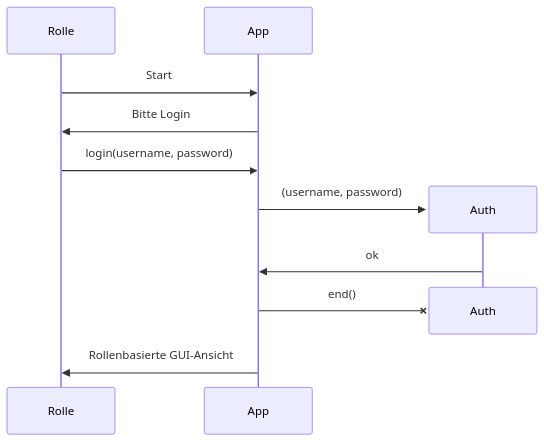
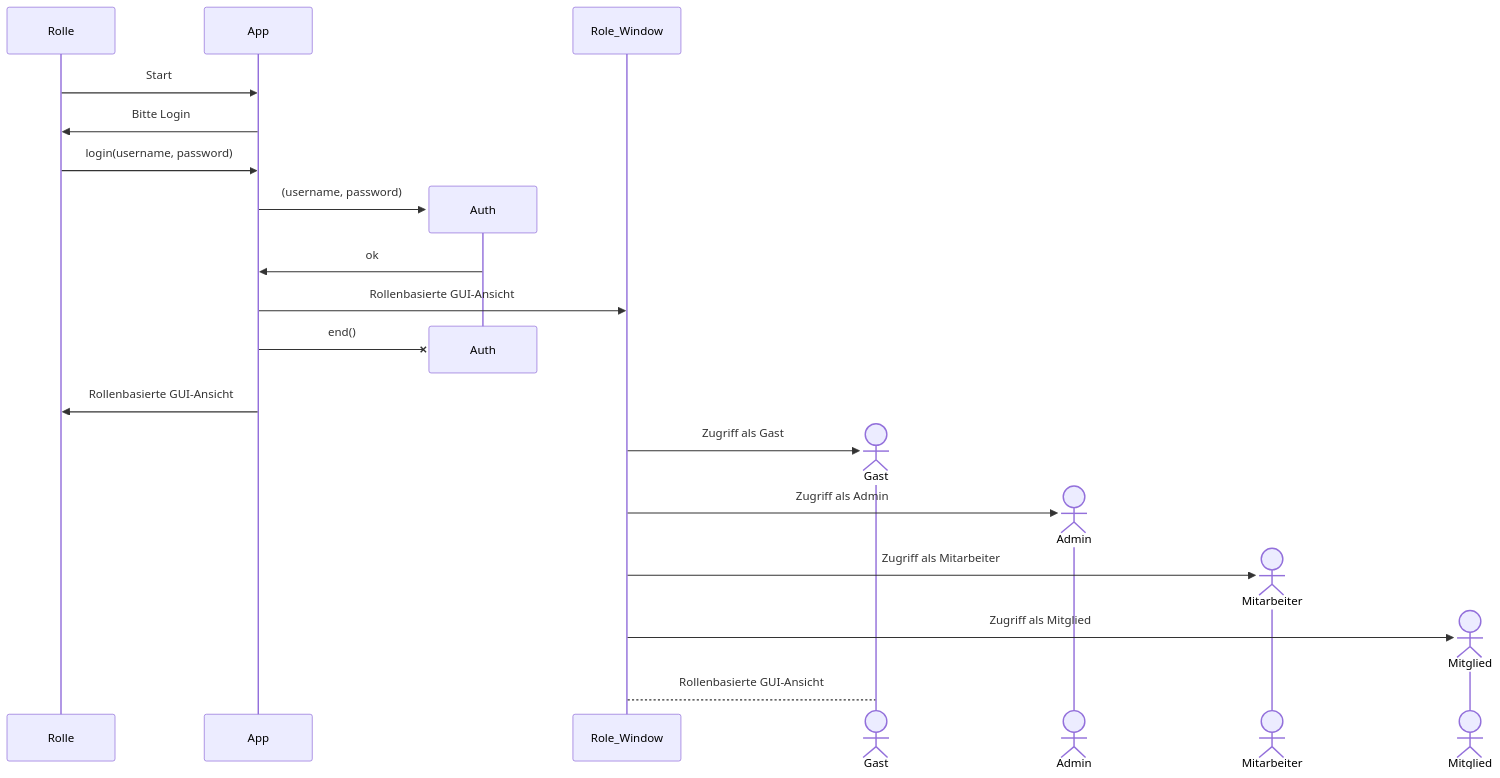
The first of 3 diagrams in src/tech_doc.md (icewomen-hub/customer_calendar), drawn with Mermaid before and after one commit. The commit also changed other lines of this file, not shown here.

Commit message:
Extending technical doq

````diff
--- a/src/tech_doc.md
+++ b/src/tech_doc.md
@@ -2,13 +2,24 @@
 ```mermaid
 sequenceDiagram
     Rolle->>App: Start # Start der Applikation
     App->>Rolle: Bitte Login
     Rolle->>App: login(username, password)
     create participant Auth
     App->>Auth: (username, password)
     Auth->>App: ok
+    App->>Role_Window: Rollenbasierte GUI-Ansicht
     destroy Auth
     App-xAuth: end()
     App->>Rolle: Rollenbasierte GUI-Ansicht
+    create actor G as Gast
+    Role_Window->>G: Zugriff als Gast
+    create actor A as Admin
+    Role_Window->>A: Zugriff als Admin
+    create actor S as Mitarbeiter
+    Role_Window->>S: Zugriff als Mitarbeiter
+    create actor M as Mitglied
+    Role_Window->>M: Zugriff als Mitglied
+
     
+    Role_Window-->G: Rollenbasierte GUI-Ansicht
 ```
````
